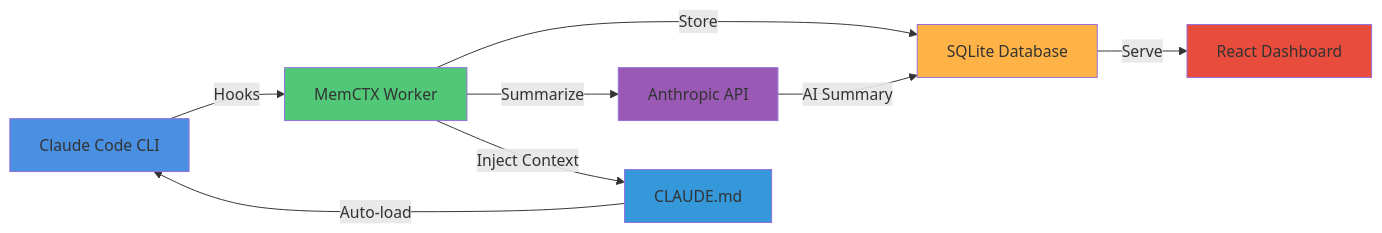
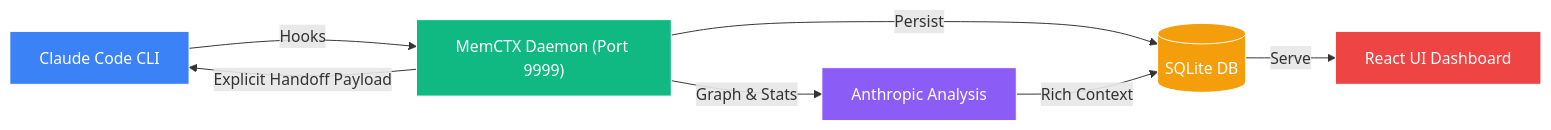
The diagram in README.md (bbhunterpk-ux/memctx), drawn with Mermaid before and after one commit. The commit also changed other lines of this file and 4 other files, not shown here.

````diff
--- a/README.md
+++ b/README.md
@@ -345,17 +95,15 @@
 ```mermaid
 graph LR
-    A[Claude Code CLI] -->|Hooks| B[MemCTX Worker]
-    B -->|Store| C[SQLite Database]
-    B -->|Summarize| D[Anthropic API]
-    D -->|AI Summary| C
-    C -->|Serve| E[React Dashboard]
-    B -->|Inject Context| F[CLAUDE.md]
-    F -->|Auto-load| A
+    A[Claude Code CLI] -->|Hooks| B["MemCTX Daemon (Port 9999)"]
+    B -->|Persist| C[("SQLite DB")]
+    B -->|Graph & Stats| D["Anthropic Analysis"]
+    D -->|Rich Context| C
+    C -->|Serve| E["React UI Dashboard"]
+    B -->|Explicit Handoff Payload| A
     
-    style A fill:#4A90E2
-    style B fill:#50C878
-    style C fill:#FFB347
-    style D fill:#9B59B6
-    style E fill:#E74C3C
-    style F fill:#3498DB
+    style A fill:#3b82f6,color:#fff,stroke:#fff
+    style B fill:#10b981,color:#fff,stroke:#fff
+    style C fill:#f59e0b,color:#fff,stroke:#fff
+    style D fill:#8b5cf6,color:#fff,stroke:#fff
+    style E fill:#ef4444,color:#fff,stroke:#fff
 ```
````
